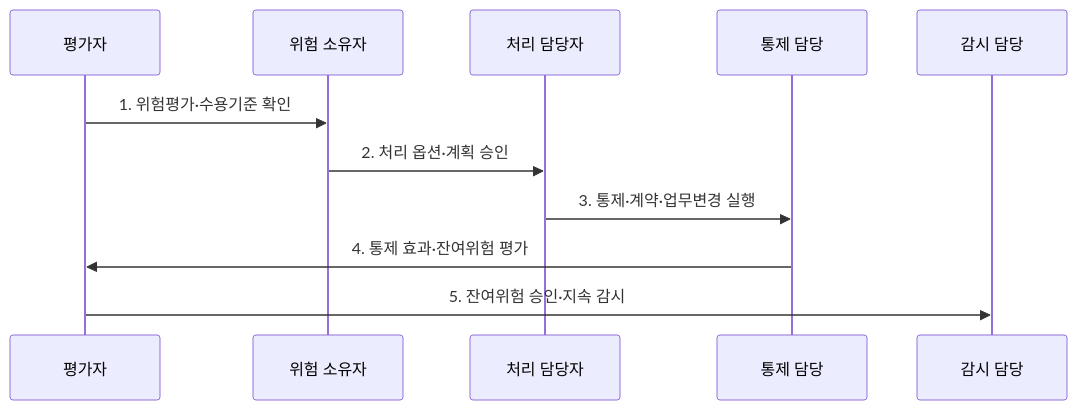
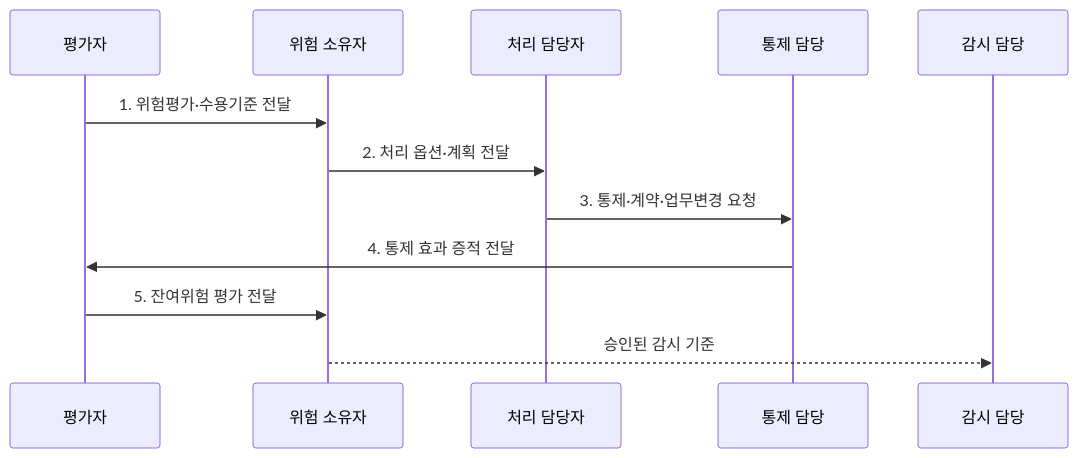
The second of 2 diagrams in src/content/docs/notes/05-security/109_risk_treatment.md (agnusdei1207/knowledge-base), drawn with Mermaid before and after one commit. The commit also changed other lines of this file and 20 other files, not shown here.

````diff
--- a/src/content/docs/notes/05-security/109_risk_treatment.md
+++ b/src/content/docs/notes/05-security/109_risk_treatment.md
@@ -79,13 +80,14 @@
 ```mermaid
 sequenceDiagram
   participant A as 평가자
   participant O as 위험 소유자
   participant T as 처리 담당자
   participant C as 통제 담당
   participant M as 감시 담당
-  A->>O: 1. 위험평가·수용기준 확인
-  O->>T: 2. 처리 옵션·계획 승인
-  T->>C: 3. 통제·계약·업무변경 실행
-  C->>A: 4. 통제 효과·잔여위험 평가
-  A->>M: 5. 잔여위험 승인·지속 감시
+  A->>O: 1. 위험평가·수용기준 전달
+  O->>T: 2. 처리 옵션·계획 전달
+  T->>C: 3. 통제·계약·업무변경 요청
+  C->>A: 4. 통제 효과 증적 전달
+  A->>O: 5. 잔여위험 평가 전달
+  O-->>M: 승인된 감시 기준
 ```
````
